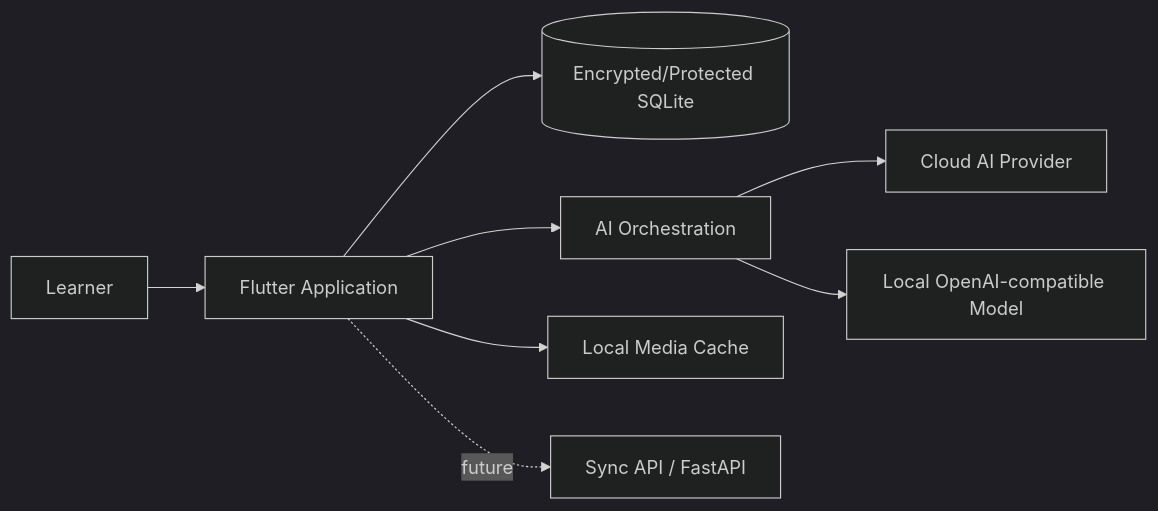
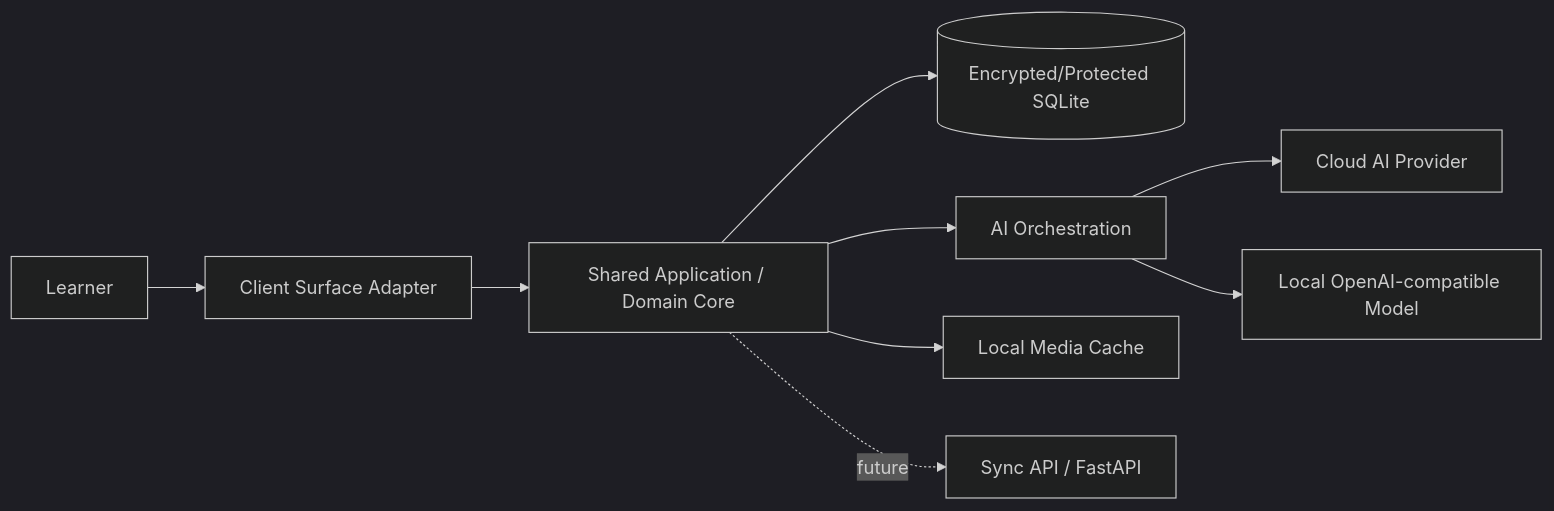
The first of 3 diagrams in docs/11_Technical_Architecture.md (rtsysEmbedded/LinguaBrain-AI), drawn with Mermaid (dark theme) before and after one commit. The commit also changed other lines of this file and 11 other files, not shown here.

````diff
--- a/docs/11_Technical_Architecture.md
+++ b/docs/11_Technical_Architecture.md
@@ -27,10 +27,11 @@
 ```mermaid
 flowchart LR
-    U[Learner] --> APP[Flutter Application]
-    APP --> DB[("Encrypted/Protected SQLite")]
-    APP --> AI[AI Orchestration]
+    U[Learner] --> CLIENT["Client Surface Adapter"]
+    CLIENT --> CORE["Shared Application / Domain Core"]
+    CORE --> DB[("Encrypted/Protected SQLite")]
+    CORE --> AI[AI Orchestration]
     AI --> CLOUD[Cloud AI Provider]
     AI --> LOCAL[Local OpenAI-compatible Model]
-    APP --> MEDIA[Local Media Cache]
-    APP -. future .-> SYNC["Sync API / FastAPI"]
+    CORE --> MEDIA[Local Media Cache]
+    CORE -. future .-> SYNC["Sync API / FastAPI"]
 ```
````
